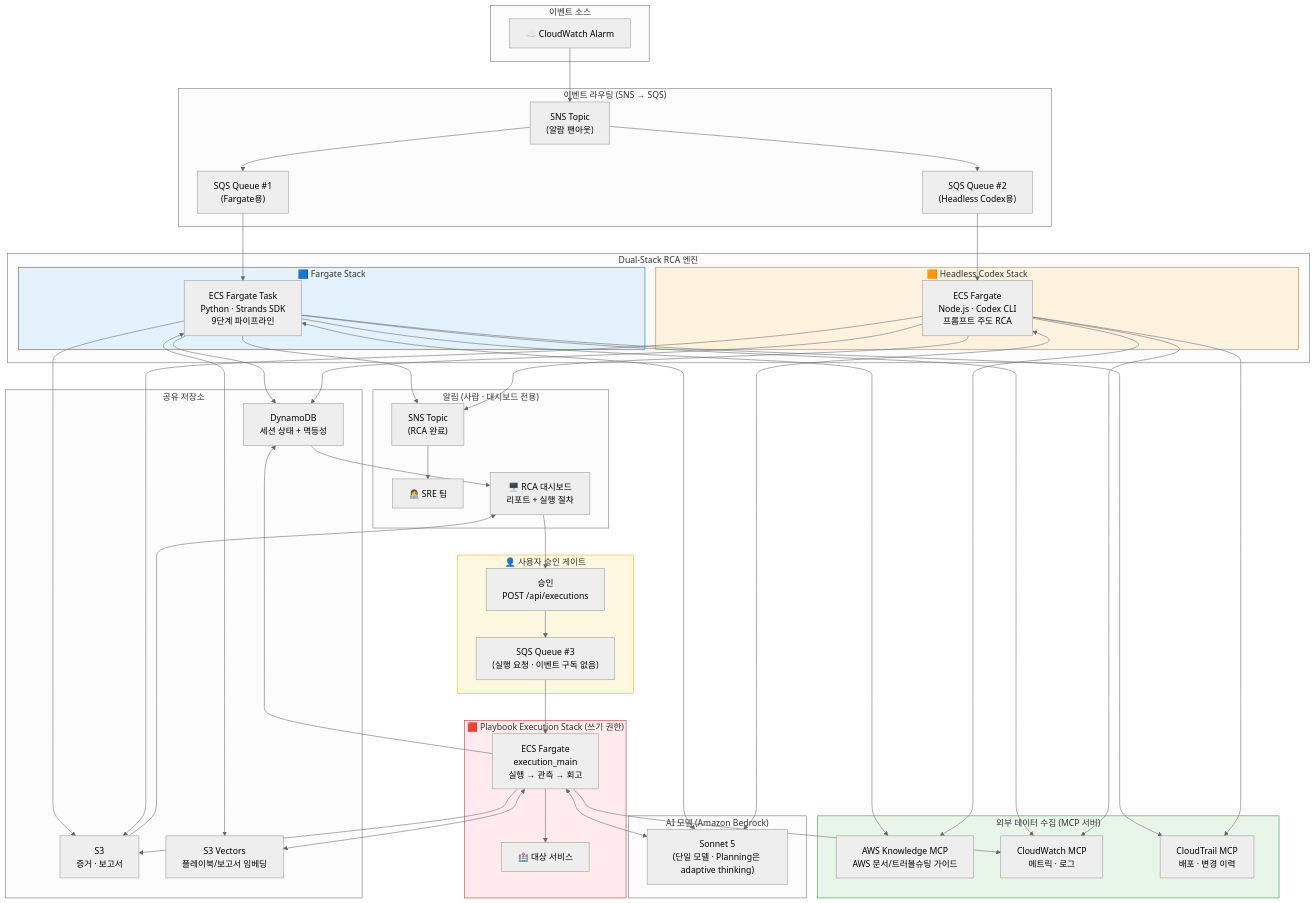
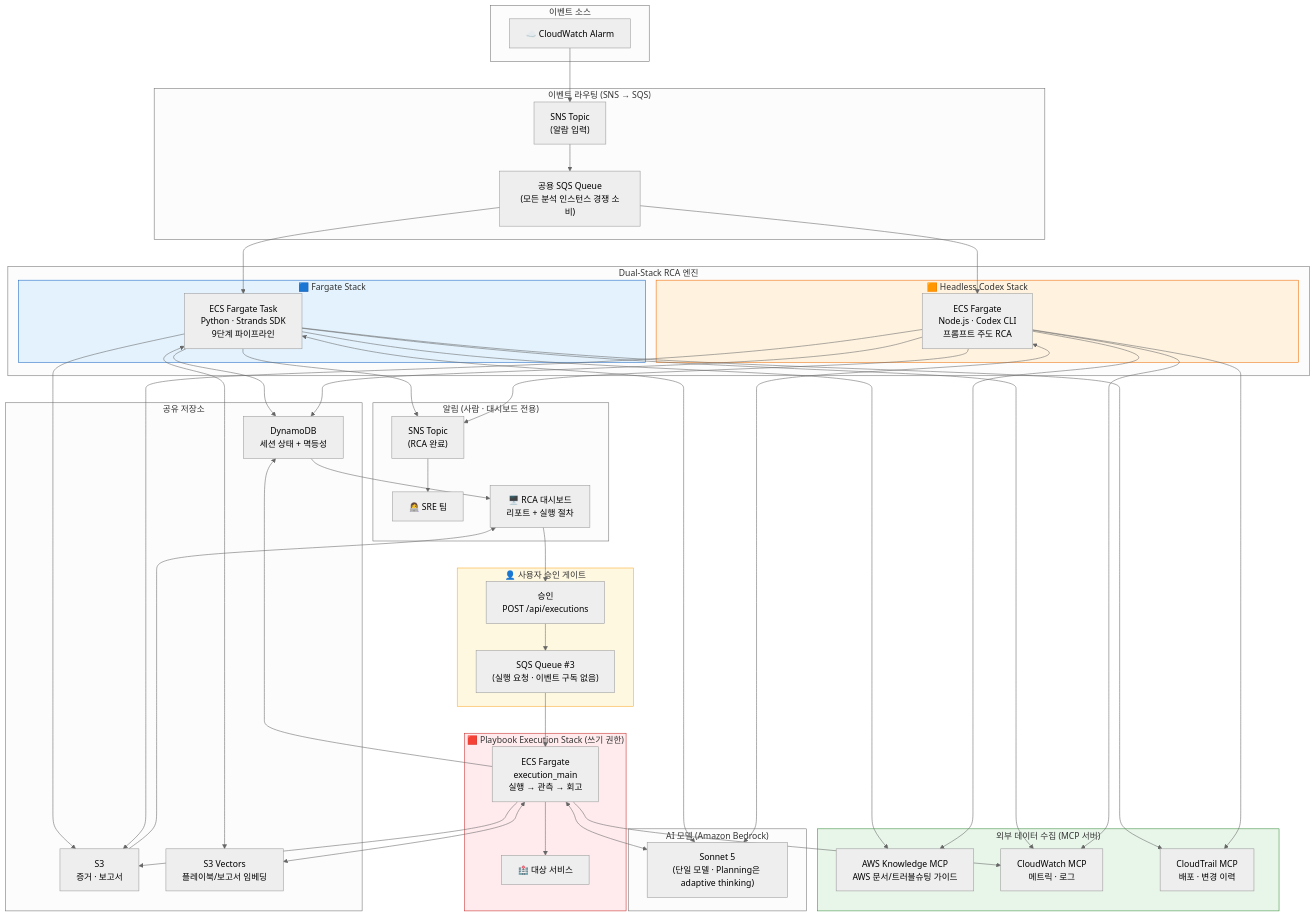
One commit to haandol/rca-agent changed the second of 25 diagrams in docs/system-guide-for-ops.md. Above: the diagram before and after it, drawn with Mermaid (neutral theme). The commit also changed other lines of this file and 45 other files, not shown here.

```diff
--- a/docs/system-guide-for-ops.md
+++ b/docs/system-guide-for-ops.md
@@ -58,9 +60,8 @@
     end
 
     subgraph Routing["이벤트 라우팅 (SNS → SQS)"]
-        SNS["SNS Topic<br/>(알람 팬아웃)"]
-        SQS_F["SQS Queue #1<br/>(Fargate용)"]
-        SQS_L["SQS Queue #2<br/>(Headless Codex용)"]
+        SNS["SNS Topic<br/>(알람 입력)"]
+        SQS["공용 SQS Queue<br/>(모든 분석 인스턴스 경쟁 소비)"]
     end
 
     subgraph DualStack["Dual-Stack RCA 엔진"]
@@ -107,8 +108,9 @@
     end
 
     CW --> SNS
-    SNS --> SQS_F --> ECS
-    SNS --> SQS_L --> CCFARGATE
+    SNS --> SQS
+    SQS --> ECS
+    SQS --> CCFARGATE
 
     ECS <--> SONNET
     CCFARGATE <--> SONNET
```
